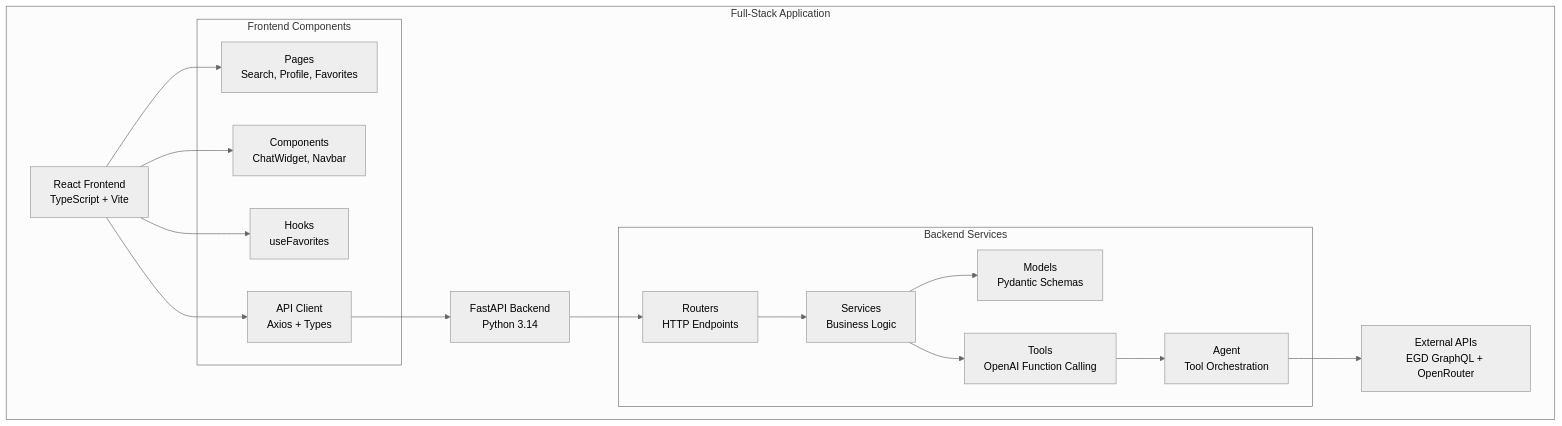
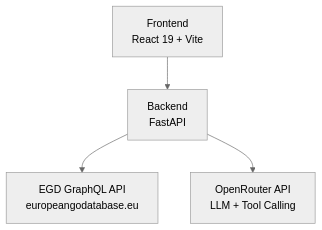
The first of 8 diagrams in .qoder/repowiki/en/content/Project Overview.md (Ragnar1999/GoNow), drawn with Mermaid (neutral theme) before and after one commit. The commit also changed other lines of this file and 123 other files, not shown here.

First line of the commit message:
fix: update EGD API token and improve error handling

````diff
--- a/.qoder/repowiki/en/content/Project Overview.md
+++ b/.qoder/repowiki/en/content/Project Overview.md
@@ -71,32 +63,6 @@
 ```mermaid
 graph TB
-subgraph "Full-Stack Application"
-Frontend["React Frontend<br/>TypeScript + Vite"]
-Backend["FastAPI Backend<br/>Python 3.14"]
-subgraph "Frontend Components"
-Pages["Pages<br/>Search, Profile, Favorites"]
-Components["Components<br/>ChatWidget, Navbar"]
-Hooks["Hooks<br/>useFavorites"]
-API["API Client<br/>Axios + Types"]
-end
-subgraph "Backend Services"
-Routers["Routers<br/>HTTP Endpoints"]
-Services["Services<br/>Business Logic"]
-Models["Models<br/>Pydantic Schemas"]
-Tools["Tools<br/>OpenAI Function Calling"]
-Agent["Agent<br/>Tool Orchestration"]
-end
-External["External APIs<br/>EGD GraphQL + OpenRouter"]
-end
-Frontend --> Pages
-Frontend --> Components
-Frontend --> Hooks
-Frontend --> API
-API --> Backend
-Backend --> Routers
-Routers --> Services
-Services --> Models
-Services --> Tools
-Tools --> Agent
-Agent --> External
+FE["Frontend<br/>React 19 + Vite"] --> BE["Backend<br/>FastAPI"]
+BE --> EGD["EGD GraphQL API<br/>europeangodatabase.eu"]
+BE --> OR["OpenRouter API<br/>LLM + Tool Calling"]
 ```
````
